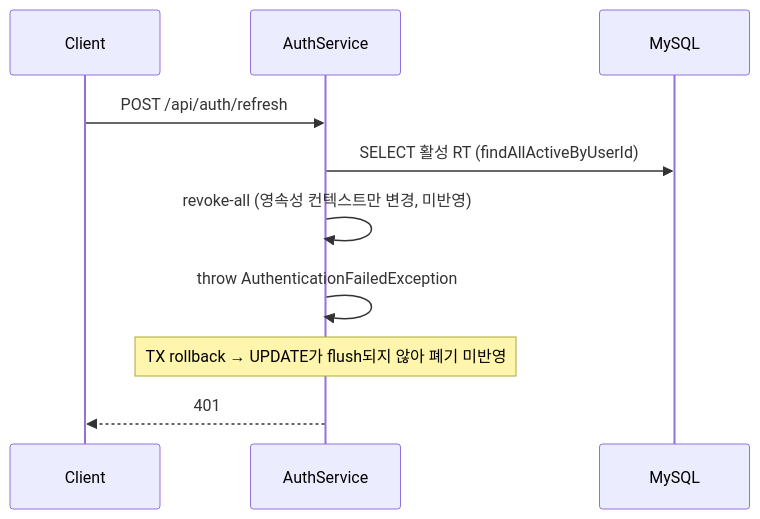
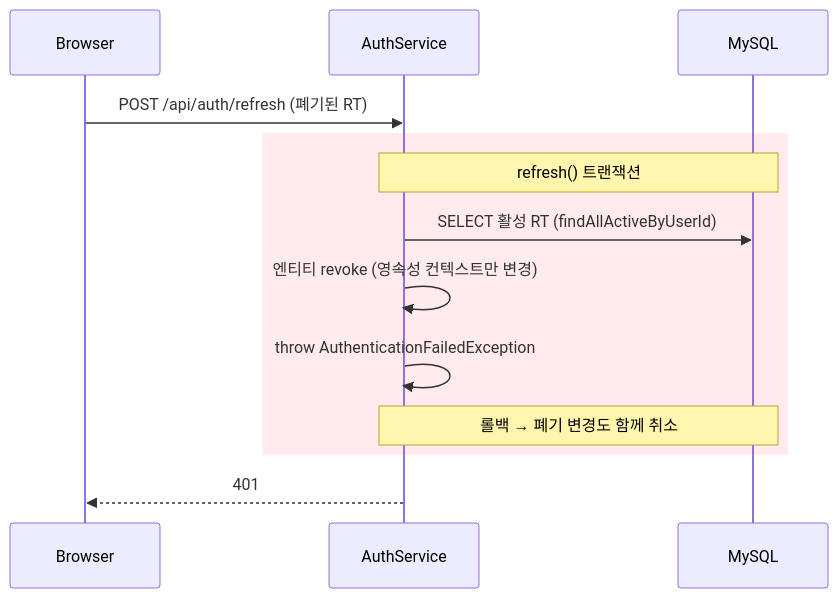
One commit to g1ennk/FlowMate changed the first of 2 diagrams in docs/wiki/auth-reuse-detection-rollback.md. Above: the diagram before and after it, drawn with Mermaid. The commit also changed other lines of this file, not shown here.

Commit message:
docs(wiki): revoke-all 롤백 위키 리뷰 반영

````diff
--- a/docs/wiki/auth-reuse-detection-rollback.md
+++ b/docs/wiki/auth-reuse-detection-rollback.md
@@ -115,13 +109,16 @@
 ```mermaid
 sequenceDiagram
-    participant C as Client
+    participant C as Browser
     participant A as AuthService
     participant DB as MySQL
 
-    C->>A: POST /api/auth/refresh
-    A->>DB: SELECT 활성 RT (findAllActiveByUserId)
-    A->>A: revoke-all (영속성 컨텍스트만 변경, 미반영)
-    A->>A: throw AuthenticationFailedException
-    Note over A: TX rollback → UPDATE가 flush되지 않아 폐기 미반영
+    C->>A: POST /api/auth/refresh (폐기된 RT)
+    rect rgb(255, 235, 235)
+        Note over A, DB: refresh() 트랜잭션
+        A->>DB: SELECT 활성 RT (findAllActiveByUserId)
+        A->>A: 엔티티 revoke (영속성 컨텍스트만 변경)
+        A->>A: throw AuthenticationFailedException
+        Note over A, DB: 롤백 → 폐기 변경도 함께 취소
+    end
     A-->>C: 401
 ```
````
